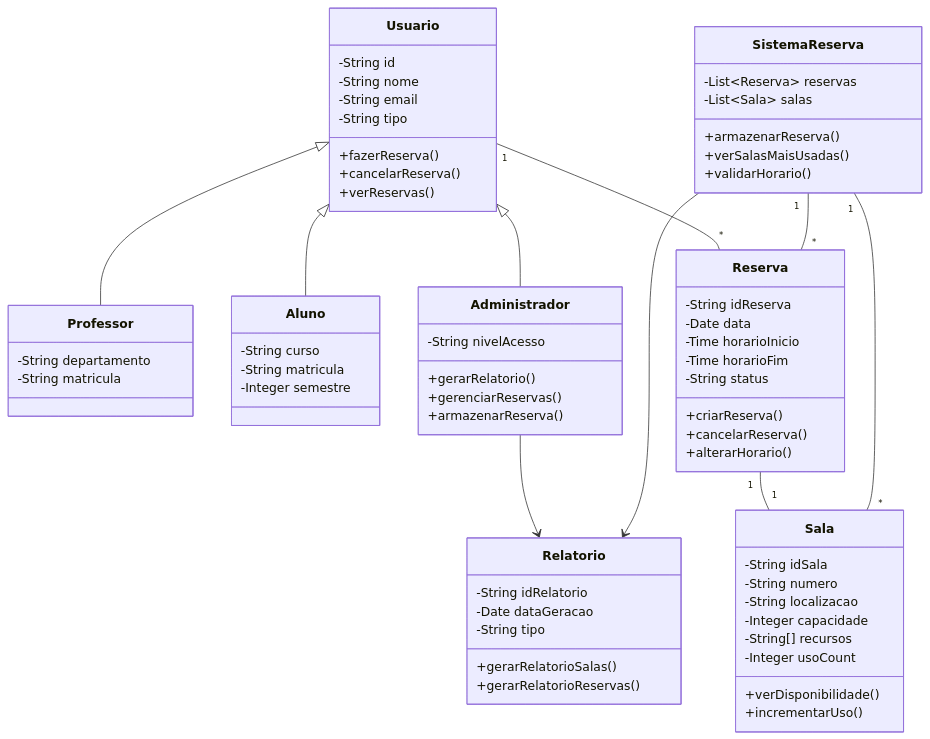
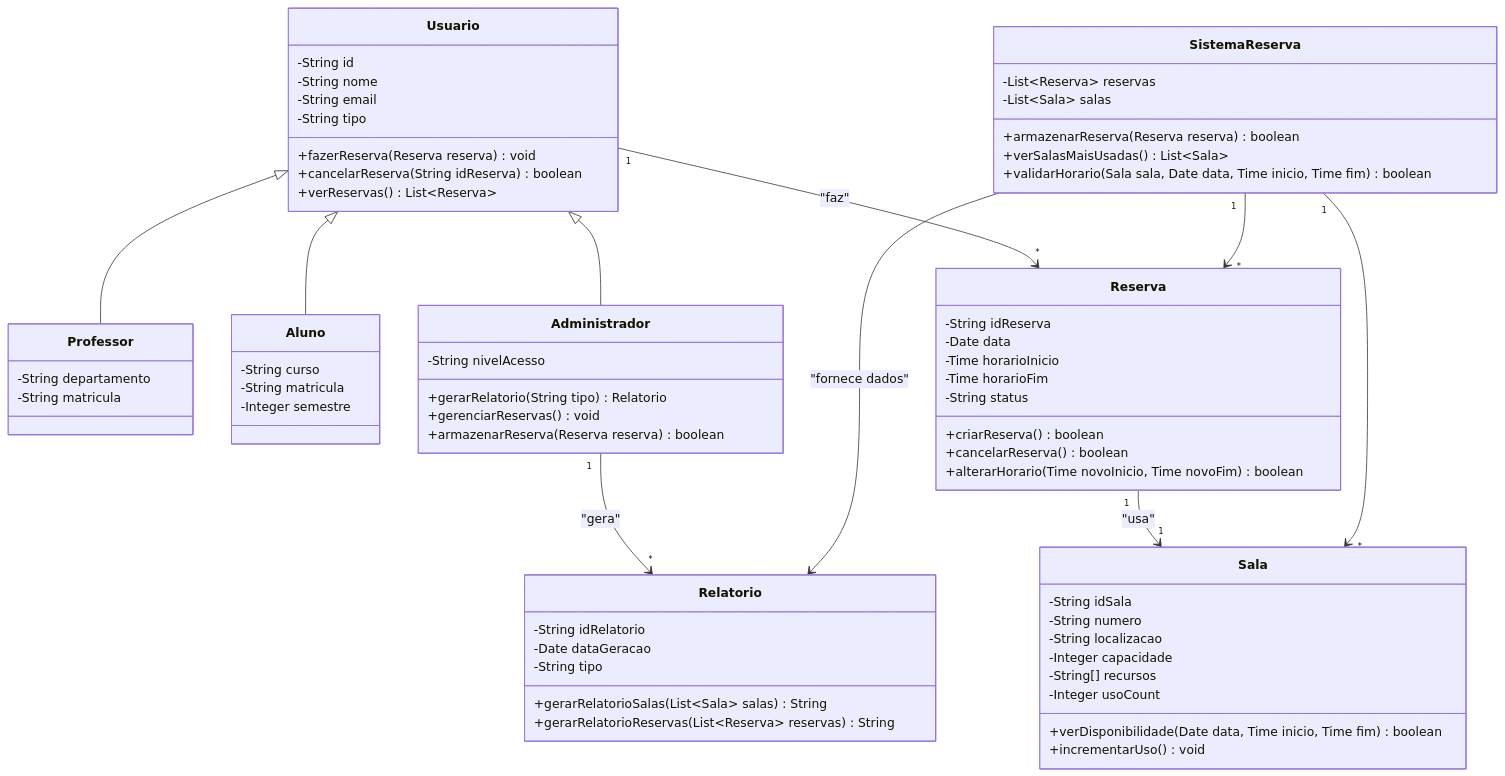
One commit to GustavoRinck/ReservaFacil changed the diagram in DiagramaDeClasses.mmd. Above: the diagram before and after it, drawn with Mermaid. The commit also changed other lines of this file, not shown here.

```diff
--- a/DiagramaDeClasses.mmd
+++ b/DiagramaDeClasses.mmd
@@ -1,76 +1,85 @@
 classDiagram
-    class Usuario {
-        -String id
-        -String nome
-        -String email
-        -String tipo
-        +fazerReserva()
-        +cancelarReserva()
-        +verReservas()
-    }
 
-    class Professor {
-        -String departamento
-        -String matricula
-    }
+class Usuario {
+    -String id
+    -String nome
+    -String email
+    -String tipo
+    +fazerReserva(Reserva reserva) void
+    +cancelarReserva(String idReserva) boolean
+    +verReservas() List~Reserva~
+}
 
-    class Aluno {
-        -String curso
-        -String matricula
-        -Integer semestre
-    }
+class Professor {
+    -String departamento
+    -String matricula
+}
 
-    class Administrador {
-        -String nivelAcesso
-        +gerarRelatorio()
-        +gerenciarReservas()
-        +armazenarReserva()
-    }
+class Aluno {
+    -String curso
+    -String matricula
+    -Integer semestre
+}
 
-    class Reserva {
-        -String idReserva
-        -Date data
-        -Time horarioInicio
-        -Time horarioFim
-        -String status
-        +criarReserva()
-        +cancelarReserva()
-        +alterarHorario()
-    }
+class Administrador {
+    -String nivelAcesso
+    +gerarRelatorio(String tipo) Relatorio
+    +gerenciarReservas() void
+    +armazenarReserva(Reserva reserva) boolean
+}
 
-    class Sala {
-        -String idSala
-        -String numero
-        -String localizacao
-        -Integer capacidade
-        -String[] recursos
-        -Integer usoCount
-        +verDisponibilidade()
-        +incrementarUso()
-    }
+class Reserva {
+    -String idReserva
+    -Date data
+    -Time horarioInicio
+    -Time horarioFim
+    -String status
+    +criarReserva() boolean
+    +cancelarReserva() boolean
+    +alterarHorario(Time novoInicio, Time novoFim) boolean
+}
 
-    class Relatorio {
-        -String idRelatorio
-        -Date dataGeracao
-        -String tipo
-        +gerarRelatorioSalas()
-        +gerarRelatorioReservas()
-    }
+class Sala {
+    -String idSala
+    -String numero
+    -String localizacao
+    -Integer capacidade
+    -String[] recursos
+    -Integer usoCount
+    +verDisponibilidade(Date data, Time inicio, Time fim) boolean
+    +incrementarUso() void
+}
 
-    class SistemaReserva {
-        -List~Reserva~ reservas
-        -List~Sala~ salas
-        +armazenarReserva()
-        +verSalasMaisUsadas()
-        +validarHorario()
-    }
+class Relatorio {
+    -String idRelatorio
+    -Date dataGeracao
+    -String tipo
+    +gerarRelatorioSalas(List~Sala~ salas) String
+    +gerarRelatorioReservas(List~Reserva~ reservas) String
+}
 
-    Usuario <|-- Professor
-    Usuario <|-- Aluno
-    Usuario <|-- Administrador
-    Usuario "1" -- "*" Reserva
-    Reserva "1" -- "1" Sala
-    SistemaReserva "1" -- "*" Reserva
-    SistemaReserva "1" -- "*" Sala
-    Administrador --> Relatorio
-    SistemaReserva --> Relatorio
+class SistemaReserva {
+    -List~Reserva~ reservas
+    -List~Sala~ salas
+    +armazenarReserva(Reserva reserva) boolean
+    +verSalasMaisUsadas() List~Sala~
+    +validarHorario(Sala sala, Date data, Time inicio, Time fim) boolean
+}
+
+%% --------------------
+%% Herança
+%% --------------------
+Usuario <|-- Professor
+Usuario <|-- Aluno
+Usuario <|-- Administrador
+
+%% --------------------
+%% Multiplicidades
+%% --------------------
+Usuario "1" --> "*" Reserva : "faz"
+Reserva "1" --> "1" Sala : "usa"
+
+SistemaReserva "1" --> "*" Reserva
+SistemaReserva "1" --> "*" Sala
+Administrador "1" --> "*" Relatorio : "gera"
+SistemaReserva --> Relatorio : "fornece dados"
```
